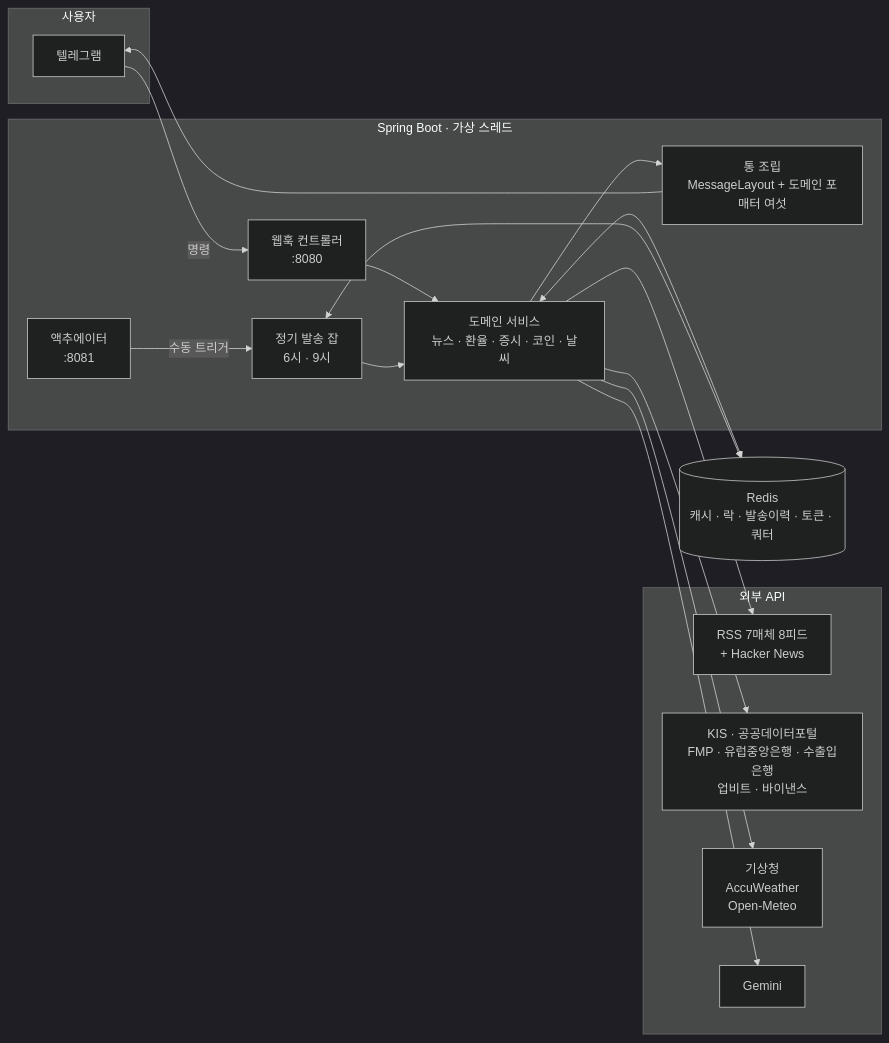
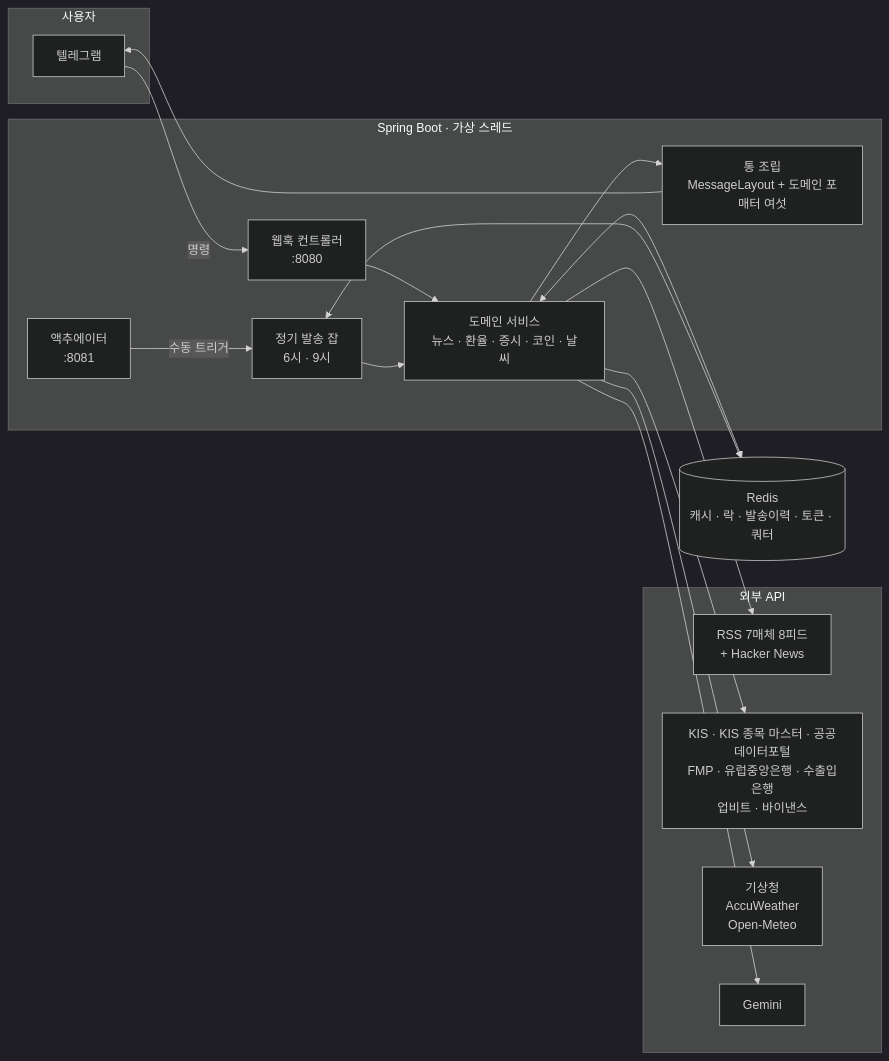
The first of 4 diagrams in ARCHITECTURE.md (zero3402/economy-helper), drawn with Mermaid (dark theme) before and after one commit. The commit also changed other lines of this file and 25 other files, not shown here.

First line of the commit message:
국내 ETF를 KIS 종목 마스터 색인으로 찾는다 — 이름 검색 2·3단은 ETF를 아예 못 주고 있었다

````diff
--- a/ARCHITECTURE.md
+++ b/ARCHITECTURE.md
@@ -99,31 +99,31 @@
 ```mermaid
 flowchart LR
     subgraph 사용자
       TG[텔레그램]
     end
 
     subgraph 앱 [Spring Boot · 가상 스레드]
       WH[웹훅 컨트롤러<br/>:8080]
       JOB[정기 발송 잡<br/>6시 · 9시]
       ACT[액추에이터<br/>:8081]
       SVC[도메인 서비스<br/>뉴스 · 환율 · 증시 · 코인 · 날씨]
       FMT[통 조립<br/>MessageLayout + 도메인 포매터 여섯]
     end
 
     R[(Redis<br/>캐시 · 락 · 발송이력 · 토큰 · 쿼터)]
 
     subgraph 밖 [외부 API]
       N[RSS 7매체 8피드<br/>+ Hacker News]
-      M[KIS · 공공데이터포털<br/>FMP · 유럽중앙은행 · 수출입은행<br/>업비트 · 바이낸스]
+      M[KIS · KIS 종목 마스터 · 공공데이터포털<br/>FMP · 유럽중앙은행 · 수출입은행<br/>업비트 · 바이낸스]
       W[기상청<br/>AccuWeather<br/>Open-Meteo]
       G[Gemini]
     end
 
     TG -->|명령| WH --> SVC
     JOB --> SVC
     ACT -->|수동 트리거| JOB
     SVC --> FMT --> TG
     SVC <--> R
     JOB <--> R
     SVC --> N & M & W & G
 ```
````
